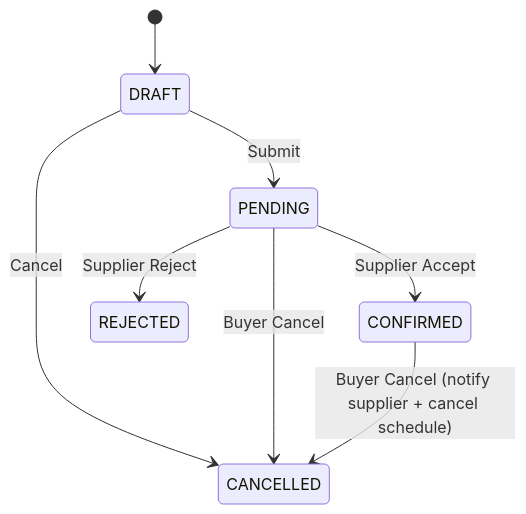
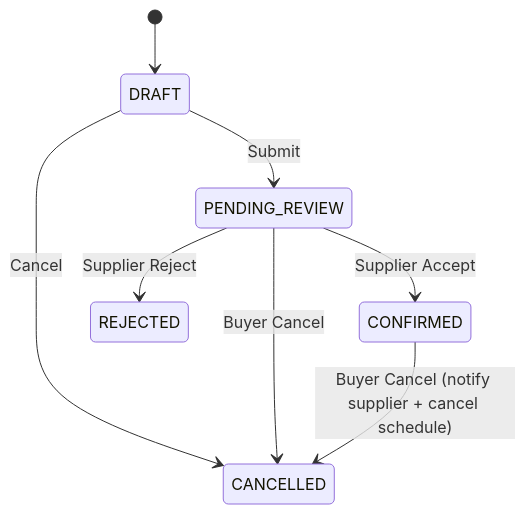
The third of 3 diagrams in plans/digital-bunkering-platform-260527-1430/03_modules/nomination/frd.md (TDFS-Dom/Maritime-Shipping-Industry), drawn with Mermaid before and after one commit. The commit also changed other lines of this file and 11 other files, not shown here.

````diff
--- a/plans/digital-bunkering-platform-260527-1430/03_modules/nomination/frd.md
+++ b/plans/digital-bunkering-platform-260527-1430/03_modules/nomination/frd.md
@@ -92,10 +92,10 @@
 ```mermaid
 stateDiagram-v2
     [*] --> DRAFT
-    DRAFT --> PENDING : Submit
+    DRAFT --> PENDING_REVIEW : Submit
     DRAFT --> CANCELLED : Cancel
-    PENDING --> CONFIRMED : Supplier Accept
-    PENDING --> REJECTED : Supplier Reject
-    PENDING --> CANCELLED : Buyer Cancel
+    PENDING_REVIEW --> CONFIRMED : Supplier Accept
+    PENDING_REVIEW --> REJECTED : Supplier Reject
+    PENDING_REVIEW --> CANCELLED : Buyer Cancel
     CONFIRMED --> CANCELLED : Buyer Cancel (notify supplier + cancel schedule)
 ```
````
